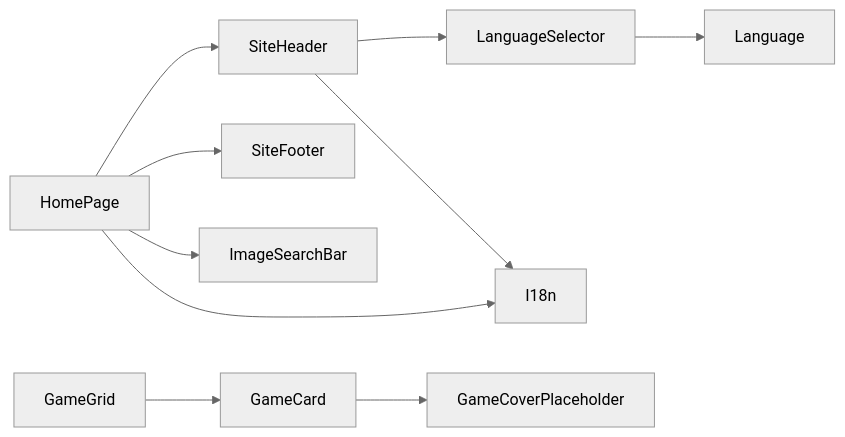
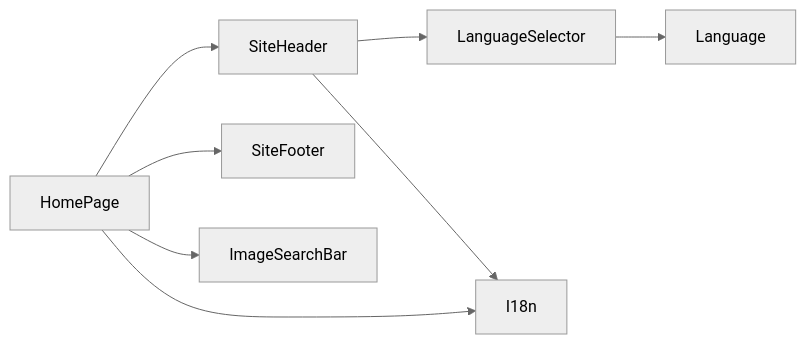
One commit to pnnh/weable changed the fifth of 5 diagrams in .qoder/repowiki/zh/content/功能特性/用户界面.md. Above: the diagram before and after it, drawn with Mermaid (neutral theme). The commit also changed other lines of this file and 187 other files, not shown here.

````diff
--- a/.qoder/repowiki/zh/content/功能特性/用户界面.md
+++ b/.qoder/repowiki/zh/content/功能特性/用户界面.md
@@ -301,12 +230,10 @@
 ```mermaid
 graph LR
 SiteHeader --> LanguageSelector
 SiteHeader --> I18n
 HomePage --> SiteHeader
 HomePage --> SiteFooter
 HomePage --> ImageSearchBar
-GameGrid --> GameCard
-GameCard --> GameCoverPlaceholder
 HomePage --> I18n
 LanguageSelector --> Language
 ```
````
